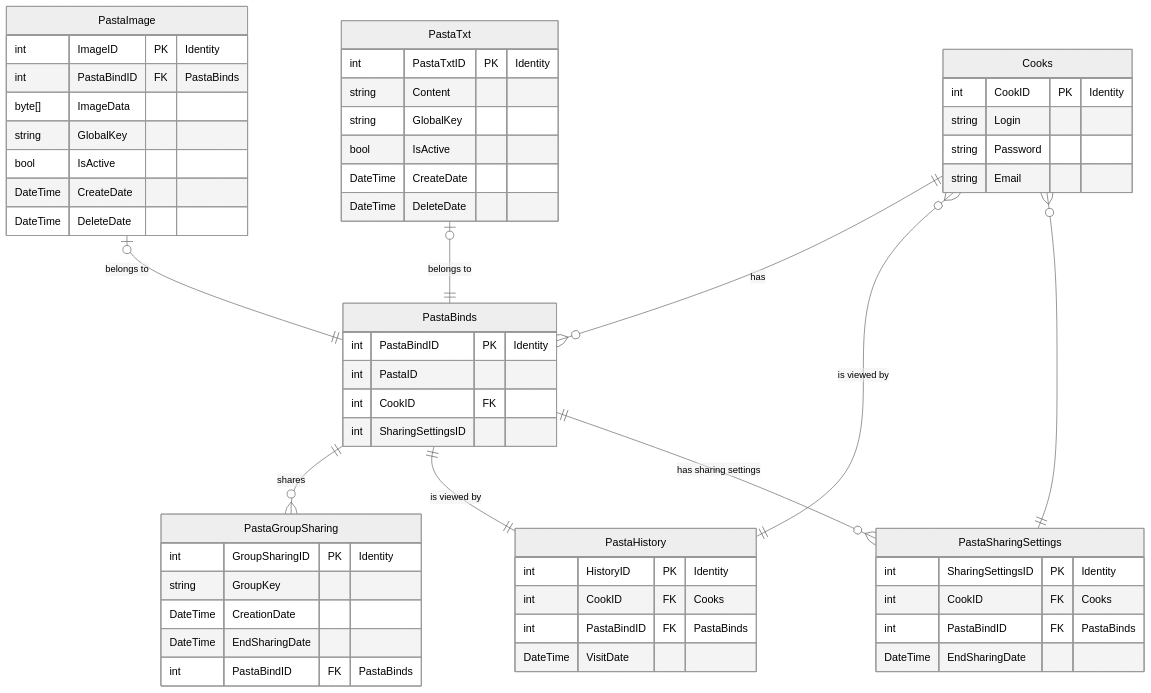
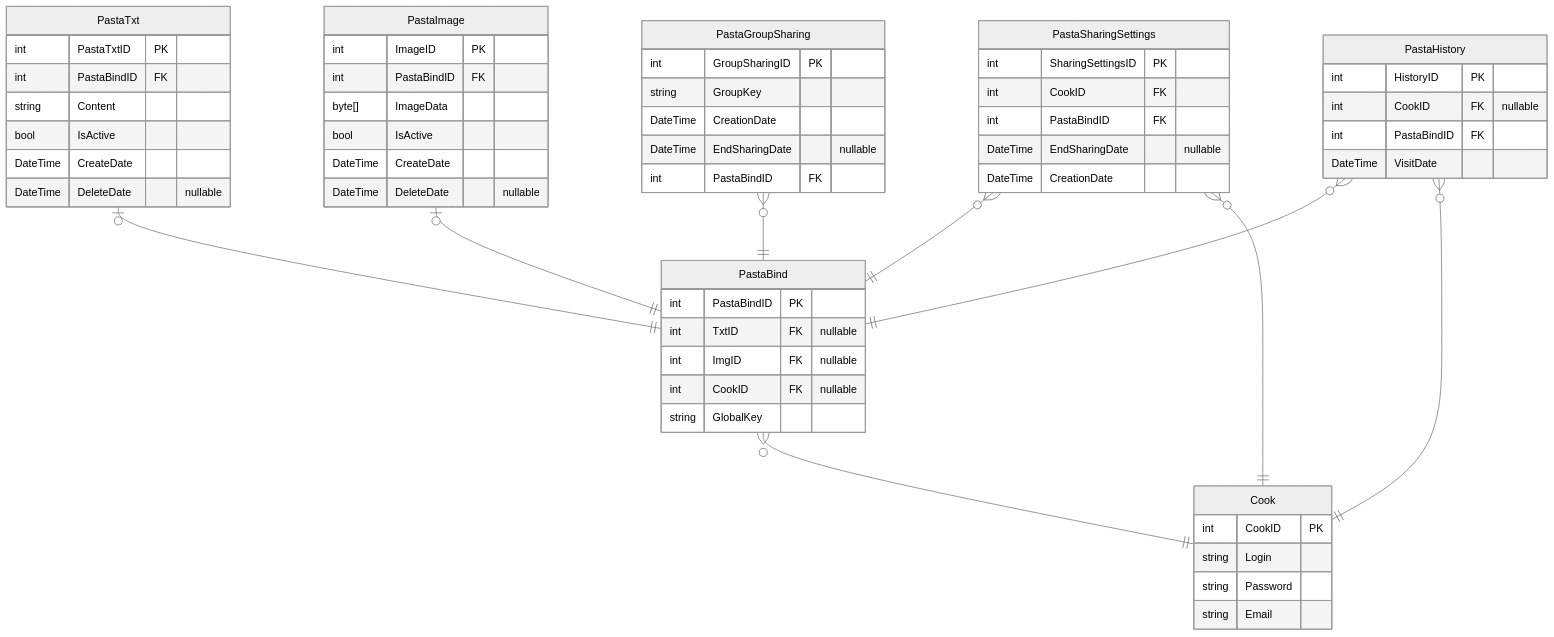
Before and after one commit to woj1kub/PastaBIN: the diagram in Docs/erd.md, drawn with Mermaid (neutral theme). The commit also changed 9 other files, not shown here.

````diff
--- a/Docs/erd.md
+++ b/Docs/erd.md
@@ -1,68 +1,72 @@
 ```mermaid
 erDiagram
-    Cooks {
-        int CookID PK "Identity"
+    Cook {
+        int CookID PK
         string Login
         string Password
         string Email
     }
 
-    PastaImage {
-        int ImageID PK "Identity"
-        int PastaBindID FK "PastaBinds"
-        byte[] ImageData
-        string GlobalKey
+    PastaTxt {
+        int PastaTxtID PK
+        int PastaBindID FK
+        string Content
         bool IsActive
         DateTime CreateDate
-        DateTime DeleteDate
+        DateTime DeleteDate "nullable"
     }
 
-    PastaTxt {
-        int PastaTxtID PK "Identity"
-        string Content
-        string GlobalKey
+    PastaSharingSettings {
+        int SharingSettingsID PK
+        int CookID FK
+        int PastaBindID FK
+        DateTime EndSharingDate "nullable"
+        DateTime CreationDate
+    }
+
+    PastaImage {
+        int ImageID PK
+        int PastaBindID FK
+        byte[] ImageData
         bool IsActive
         DateTime CreateDate
-        DateTime DeleteDate
+        DateTime DeleteDate "nullable"
     }
 
-    PastaBinds {
-        int PastaBindID PK "Identity"
-        int PastaID
-        int CookID FK
-        int SharingSettingsID
+    PastaHistory {
+        int HistoryID PK
+        int CookID FK "nullable"
+        int PastaBindID FK
+        DateTime VisitDate
     }
 
     PastaGroupSharing {
-        int GroupSharingID PK "Identity"
+        int GroupSharingID PK
         string GroupKey
         DateTime CreationDate
-        DateTime EndSharingDate
-        int PastaBindID FK "PastaBinds"
+        DateTime EndSharingDate "nullable"
+        int PastaBindID FK
     }
 
-    PastaHistory {
-        int HistoryID PK "Identity"
-        int CookID FK "Cooks"
-        int PastaBindID FK "PastaBinds"
-        DateTime VisitDate
+    PastaBind {
+        int PastaBindID PK
+        int TxtID FK "nullable"
+        int ImgID FK "nullable"
+        int CookID FK "nullable"
+        string GlobalKey
     }
 
-    PastaSharingSettings {
-        int SharingSettingsID PK "Identity"
-        int CookID FK "Cooks"
-        int PastaBindID FK "PastaBinds"
-        DateTime EndSharingDate
-    }
-
-    Cooks ||--o{ PastaBinds : "has"
-    PastaBinds ||--o{ PastaGroupSharing : "shares"
-    PastaBinds ||--|| PastaHistory : "is viewed by"
-    PastaBinds ||--o{ PastaSharingSettings : "has sharing settings"
-    PastaImage |o--|| PastaBinds : "belongs to"
-    PastaTxt |o--|| PastaBinds : "belongs to"
-    PastaHistory ||--O{ Cooks : "is viewed by"
-    PastaSharingSettings ||--O{ Cooks : ""
 
 
+    PastaTxt |o--|| PastaBind : ""
+    PastaImage |o--|| PastaBind : ""
+    PastaBind }o--|| Cook : ""
+
+    PastaSharingSettings }o--|| PastaBind : ""
+    PastaGroupSharing }o--|| PastaBind : ""
+    PastaHistory }o--|| PastaBind : ""
+
+    PastaSharingSettings }o--|| Cook : ""
+    PastaHistory }o--|| Cook : ""
+
 ```
````
